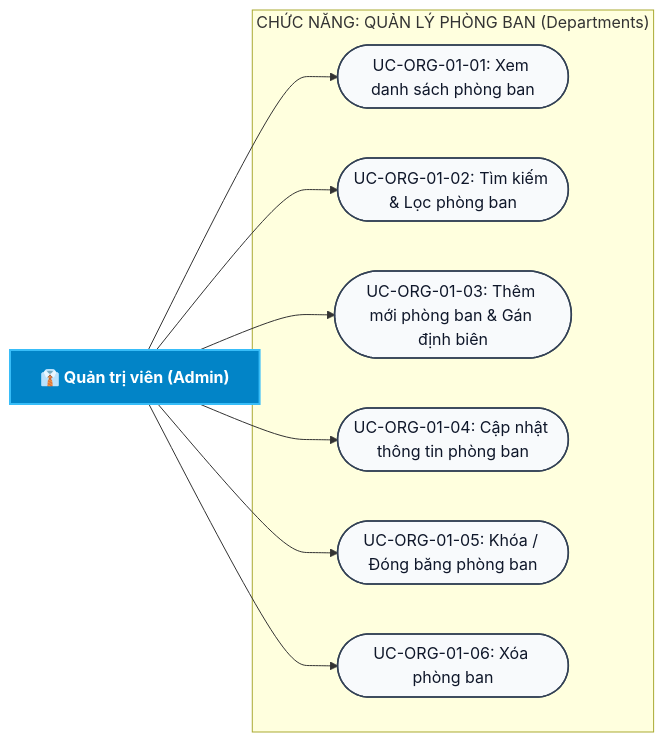
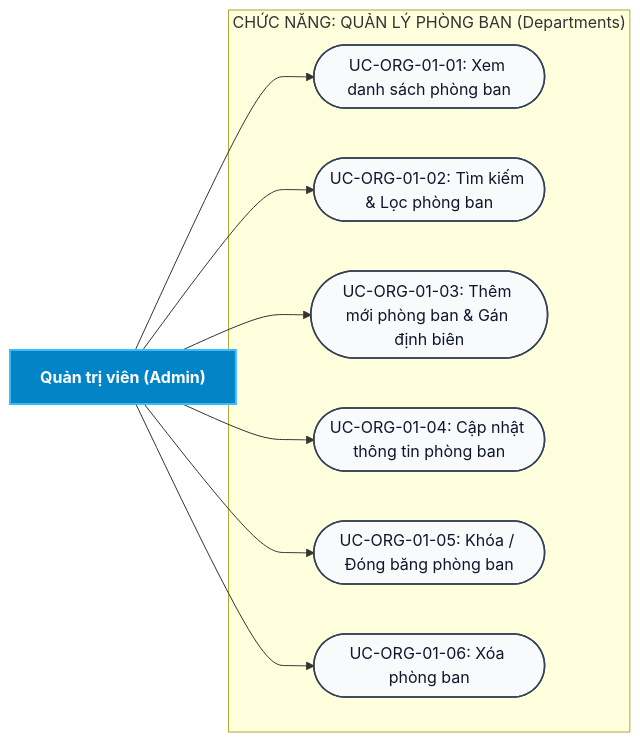
The third of 46 diagrams in docs/Các biểu đồ/So_Do_Use_Case_Tong_Quat_HRM.md (aye2710/HRM-DATN), drawn with Mermaid before and after one commit. The commit also changed other lines of this file and 69 other files, not shown here.

First line of the commit message:
feat(ess,auth,docs): isolate portal auth, upgrade employee portal UI & sync diagrams

````diff
--- a/docs/Các biểu đồ/So_Do_Use_Case_Tong_Quat_HRM.md
+++ b/docs/Các biểu đồ/So_Do_Use_Case_Tong_Quat_HRM.md
@@ -137,25 +137,25 @@
 ```mermaid
 flowchart LR
-    ADMIN["👔 Quản trị viên (Admin)"]
+    ADMIN["Quản trị viên (Admin)"]
 
     subgraph FUNC_DEPT ["CHỨC NĂNG: QUẢN LÝ PHÒNG BAN (Departments)"]
         UC1(["UC-ORG-01-01: Xem danh sách phòng ban"])
         UC2(["UC-ORG-01-02: Tìm kiếm & Lọc phòng ban"])
         UC3(["UC-ORG-01-03: Thêm mới phòng ban & Gán định biên"])
         UC4(["UC-ORG-01-04: Cập nhật thông tin phòng ban"])
         UC5(["UC-ORG-01-05: Khóa / Đóng băng phòng ban"])
         UC6(["UC-ORG-01-06: Xóa phòng ban"])
     end
 
     ADMIN --> UC1
     ADMIN --> UC2
     ADMIN --> UC3
     ADMIN --> UC4
     ADMIN --> UC5
     ADMIN --> UC6
 
     classDef actor fill:#0284c7,stroke:#38bdf8,stroke-width:2px,color:#ffffff,font-weight:bold;
     classDef uc fill:#f8fafc,stroke:#334155,stroke-width:1.5px,color:#0f172a;
     class ADMIN actor;
     class UC1,UC2,UC3,UC4,UC5,UC6 uc;
 ```
````
